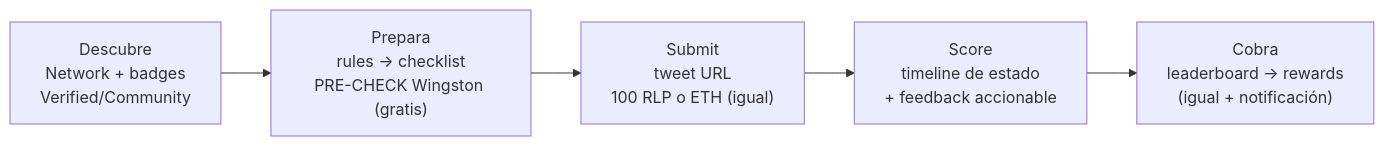
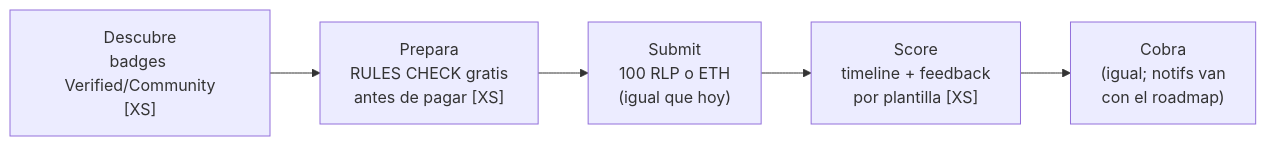
One commit to sergiogenlayer/predictionmarket changed the first of 2 diagrams in rally-flows/app-rally-flows.md. Above: the diagram before and after it, drawn with Mermaid. The commit also changed other lines of this file and 1 other file, not shown here.

````diff
--- a/rally-flows/app-rally-flows.md
+++ b/rally-flows/app-rally-flows.md
@@ -11,7 +14,7 @@
 ```mermaid
 flowchart LR
-    A["Descubre<br/>Network + badges<br/>Verified/Community"] --> B["Prepara<br/>rules → checklist<br/>PRE-CHECK Wingston (gratis)"]
-    B --> C["Submit<br/>tweet URL<br/>100 RLP o ETH (igual)"]
-    C --> D["Score<br/>timeline de estado<br/>+ feedback accionable"]
-    D --> E["Cobra<br/>leaderboard → rewards<br/>(igual + notificación)"]
+    A["Descubre<br/>badges Verified/Community<br/>[XS]"] --> B["Prepara<br/>RULES CHECK gratis<br/>antes de pagar [XS]"]
+    B --> C["Submit<br/>100 RLP o ETH<br/>(igual que hoy)"]
+    C --> D["Score<br/>timeline + feedback<br/>por plantilla [XS]"]
+    D --> E["Cobra<br/>(igual; notifs van<br/>con el roadmap)"]
 ```
````
